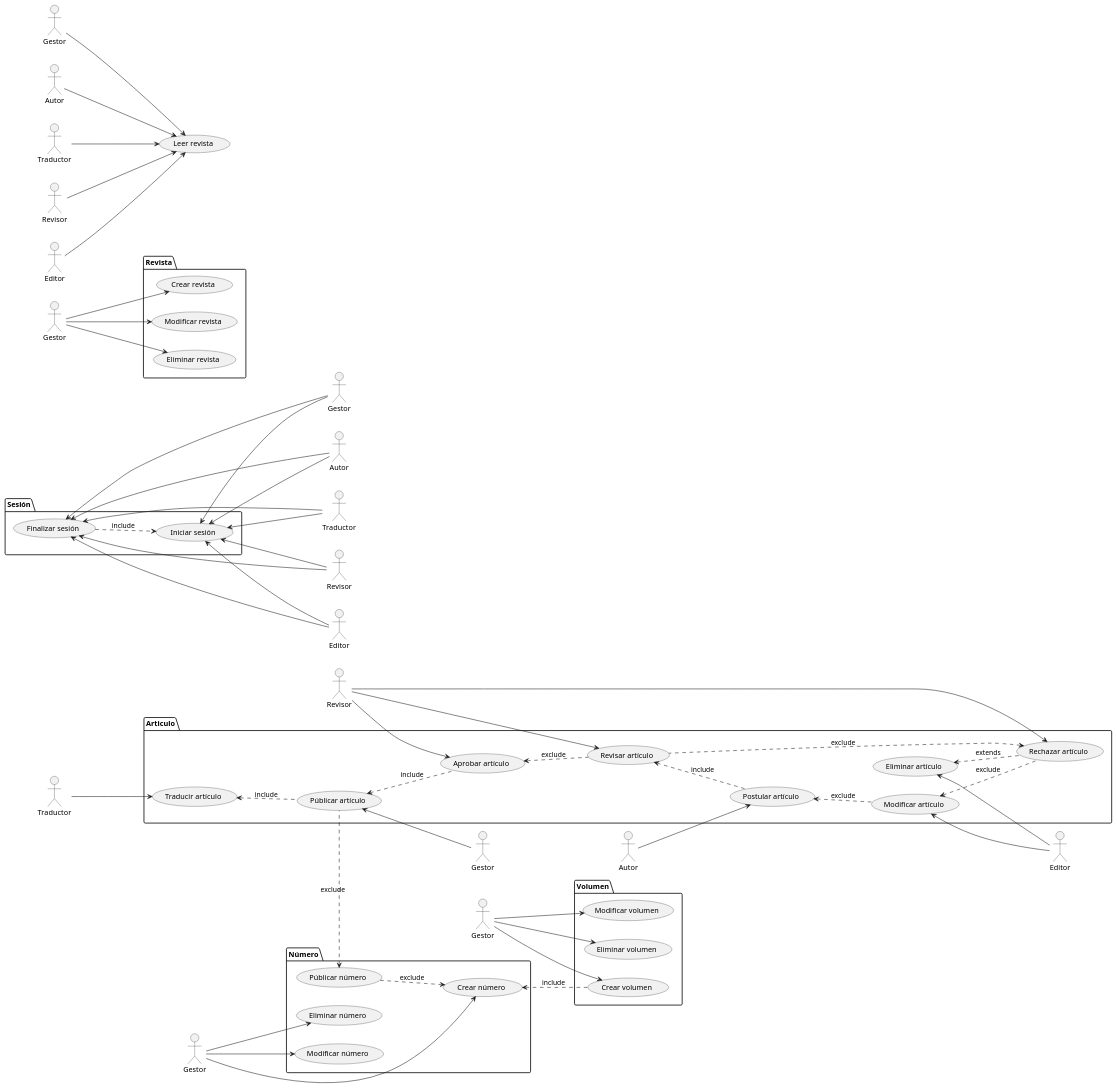
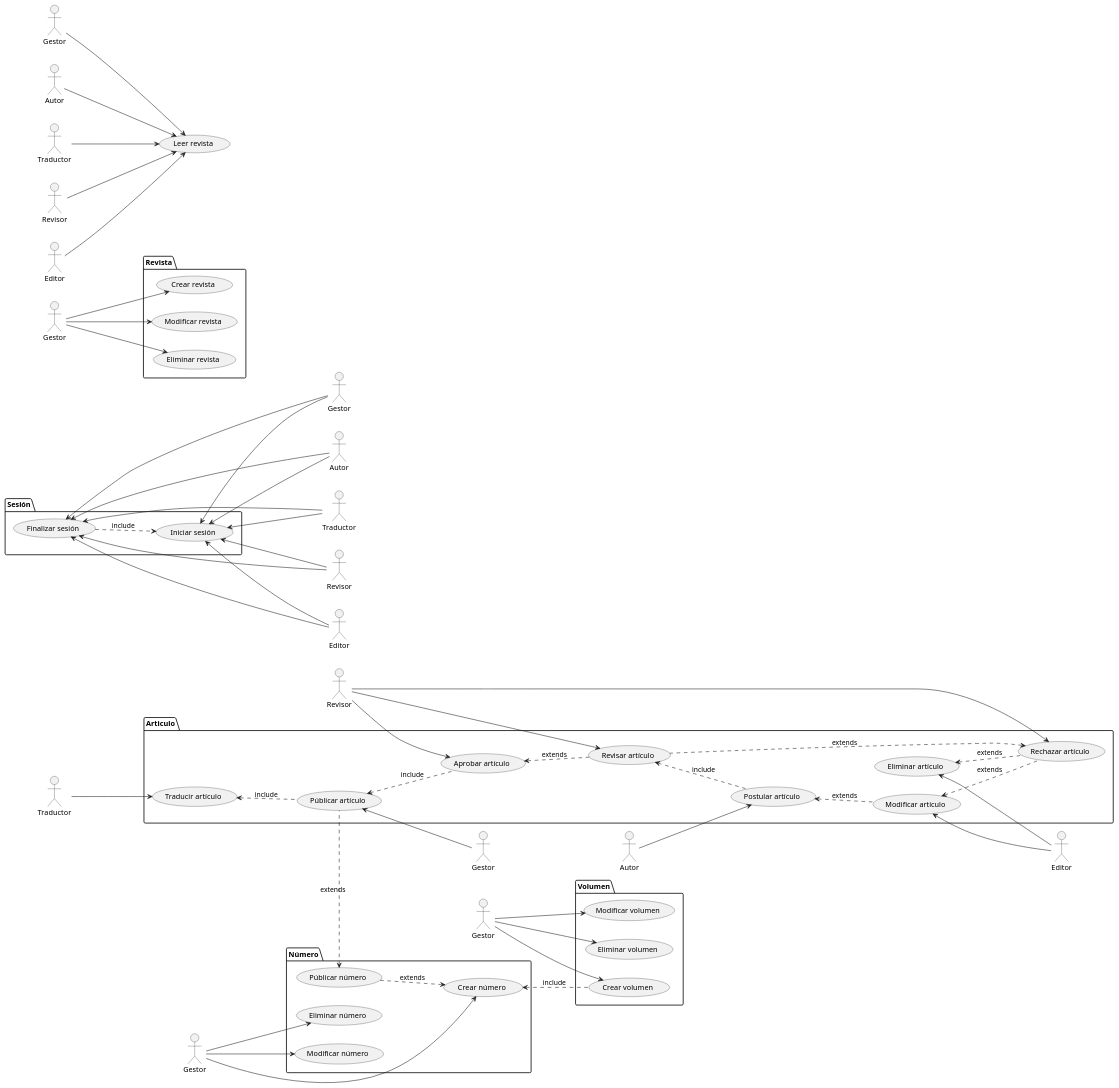
The diagram in 000-entregas/Grupo4/casosDeUso/casosDeUso.puml (mmasias/IdSw1-22-23), drawn with PlantUML before and after one commit. The commit also changed 2 other files, not shown here.

Commit message:
update diagrams

```diff
--- a/000-entregas/Grupo4/casosDeUso/casosDeUso.puml
+++ b/000-entregas/Grupo4/casosDeUso/casosDeUso.puml
@@ -1,104 +1,104 @@
 @startuml casosDeUso
 left to right direction
 actor "Gestor" as GS
 actor "Autor" as AU
 actor "Traductor" as TR
 actor "Revisor" as RV
 actor "Editor" as ED
 actor "Gestor" as GS1
 actor "Autor" as AU1
 actor "Traductor" as TR1
 actor "Revisor" as RV1
 actor "Editor" as ED1
 actor "Gestor" as GS2
 actor "Gestor" as GS3
 actor "Gestor" as GS4
 actor "Gestor" as GS5
 actor "Autor" as AU5
 actor "Traductor" as TR5
 actor "Revisor" as RV5
 actor "Editor" as ED5
  usecase "Leer revista" as read
  package Sesión{
   usecase "Iniciar sesión" as login
   usecase "Finalizar sesión" as logout
 }
   package Revista {
     usecase "Crear revista" as createR
     usecase "Modificar revista" as updateR
     usecase "Eliminar revista" as deleteR
   }
   package Articulo {
     usecase "Públicar artículo" as createA
     usecase "Postular artículo" as postularA
     usecase "Modificar artículo" as updateA
     usecase "Eliminar artículo" as deleteA
     usecase "Aprobar artículo" as aprA
     usecase "Rechazar artículo" as rechaA
     usecase "Revisar artículo" as readA
     usecase "Traducir artículo" as traducir
   }
   package Volumen {
     usecase "Crear volumen" as createV
     usecase "Modificar volumen" as updateV
     usecase "Eliminar volumen" as deleteV
   }
   package Número {
     usecase "Crear número" as createN
     usecase "Modificar número" as updateN
     usecase "Eliminar número" as deleteN
     usecase "Públicar número" as publicarN
   }
 'Package Sesion'
 GS1 -u-> login
 GS1 -u-> logout
 AU1 -u-> login
 AU1 -u-> logout
 RV1 -u-> login
 RV1 -u-> logout
 ED1 -u-> login
 ED1 -u-> logout
 TR1 -u-> login
 TR1 -u-> logout
 'General'
 GS5 --> read
 AU5 --> read
 RV5 --> read
 ED5 --> read
 TR5 --> read
 'Package Número'
 GS2 --> createN
 GS2 --> updateN
 GS2 --> deleteN
 'Package Volumen'
 GS3 --> createV
 GS3 --> updateV
 GS3 --> deleteV
 'Package Volumen'
 GS4 --> createR
 GS4 --> updateR
 GS4 --> deleteR
 'package Articulo'
 GS -u->createA
 AU --> postularA
 RV --> aprA
 RV --> rechaA
 RV --> readA
 ED -u-> updateA
 ED -u-> deleteA
 TR --> traducir
 (aprA) .u.> (createA) : include
 
-(readA) .u.> (aprA) : exclude
-(readA) .u.> (rechaA) : exclude
-(rechaA) .u.> (updateA) : exclude
+(readA) .u.> (aprA) : extends
+(readA) .u.> (rechaA) : extends
+(rechaA) .u.> (updateA) : extends
 
 (createA) .u.> (traducir) : include
 (postularA) .u.> (readA) : include
 (rechaA) .u.> (deleteA) : extends
-(updateA) .u.> (postularA) : exclude
-(createA) .l.> (publicarN) : exclude 
-(publicarN) ..> (createN) : exclude 
+(updateA) .u.> (postularA) : extends
+(createA) .l.> (publicarN) : extends
+(publicarN) ..> (createN) : extends
 (logout) .d.> (login) : include
 (createV) .u.> (createN) : include
 @enduml  
```
